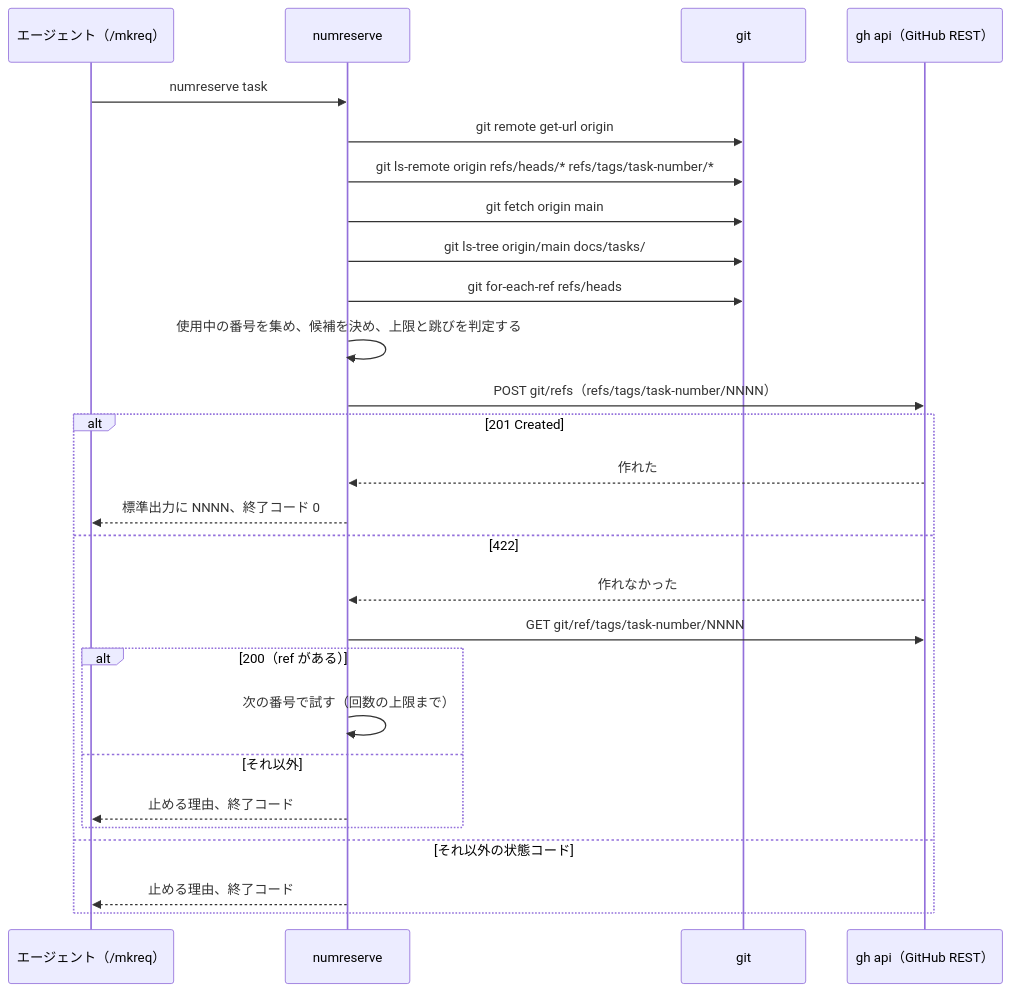
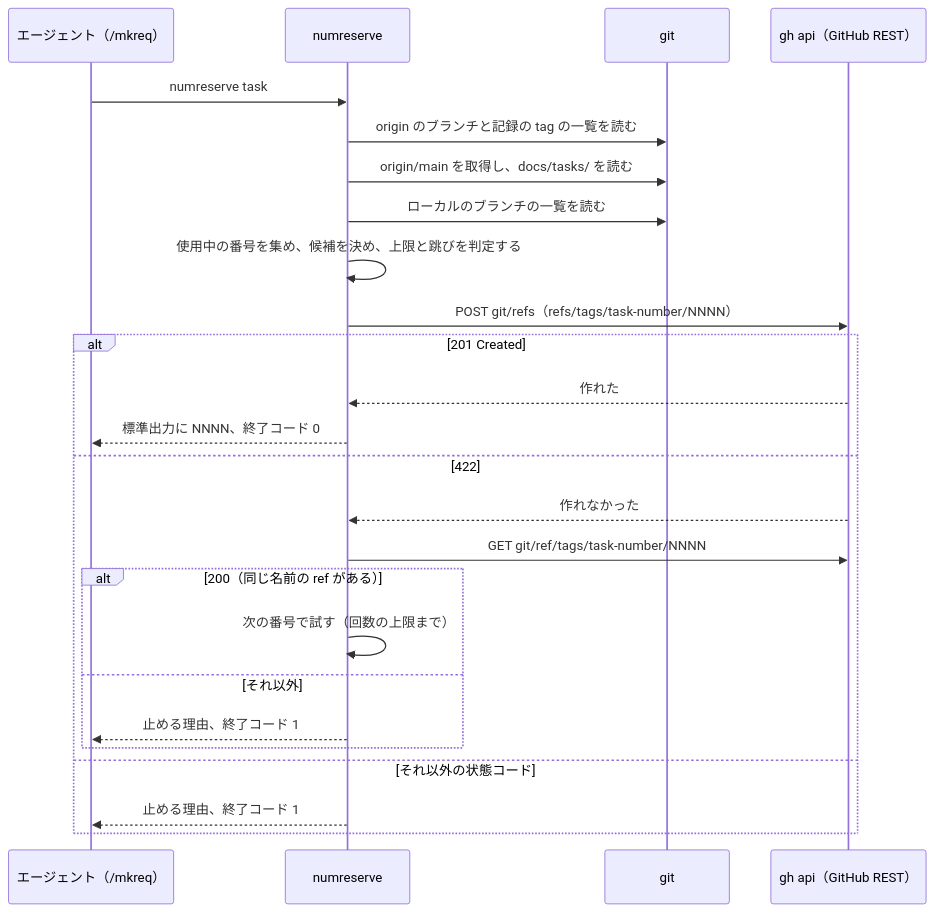
The third of 6 diagrams in docs/tasks/0100_number_reservation/02_architecture.md (isseis/yt2column), drawn with Mermaid before and after one commit. The commit also changed other lines of this file and 2 other files, not shown here.

First line of the commit message:
docs(0100): address architecture review findings and polish Japanese prose

````diff
--- a/docs/tasks/0100_number_reservation/02_architecture.md
+++ b/docs/tasks/0100_number_reservation/02_architecture.md
@@ -191,30 +200,28 @@
 ```mermaid
 sequenceDiagram
     participant A as エージェント（/mkreq）
     participant N as numreserve
     participant G as git
     participant H as gh api（GitHub REST）
 
     A->>N: numreserve task
-    N->>G: git remote get-url origin
-    N->>G: git ls-remote origin refs/heads/* refs/tags/task-number/*
-    N->>G: git fetch origin main
-    N->>G: git ls-tree origin/main docs/tasks/
-    N->>G: git for-each-ref refs/heads
+    N->>G: origin のブランチと記録の tag の一覧を読む
+    N->>G: origin/main を取得し、docs/tasks/ を読む
+    N->>G: ローカルのブランチの一覧を読む
     N->>N: 使用中の番号を集め、候補を決め、上限と跳びを判定する
     N->>H: POST git/refs（refs/tags/task-number/NNNN）
     alt 201 Created
         H-->>N: 作れた
         N-->>A: 標準出力に NNNN、終了コード 0
     else 422
         H-->>N: 作れなかった
         N->>H: GET git/ref/tags/task-number/NNNN
-        alt 200（ref がある）
+        alt 200（同じ名前の ref がある）
             N->>N: 次の番号で試す（回数の上限まで）
         else それ以外
-            N-->>A: 止める理由、終了コード
+            N-->>A: 止める理由、終了コード 1
         end
     else それ以外の状態コード
-        N-->>A: 止める理由、終了コード
+        N-->>A: 止める理由、終了コード 1
     end
 ```
````
